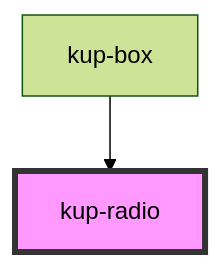
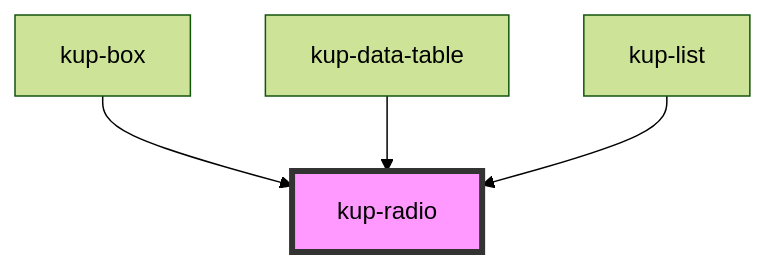
The diagram in packages/ketchup/src/components/kup-radio/readme.md (smeup/ketchup), drawn with Mermaid (forest theme) before and after one commit. The commit also changed other lines of this file and 41 other files, not shown here.

````diff
--- a/packages/ketchup/src/components/kup-radio/readme.md
+++ b/packages/ketchup/src/components/kup-radio/readme.md
@@ -47,5 +37,7 @@
 ```mermaid
 graph TD;
   kup-box --> kup-radio
+  kup-data-table --> kup-radio
+  kup-list --> kup-radio
   style kup-radio fill:#f9f,stroke:#333,stroke-width:4px
 ```
````
